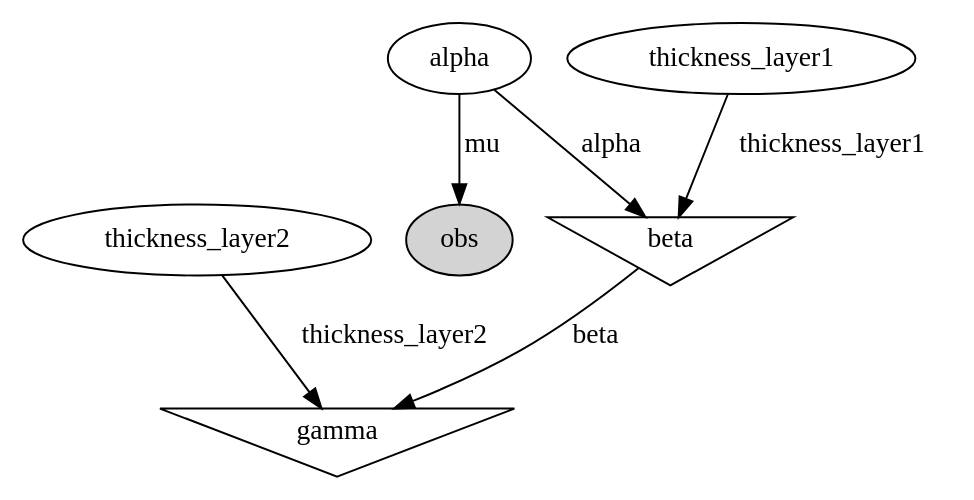
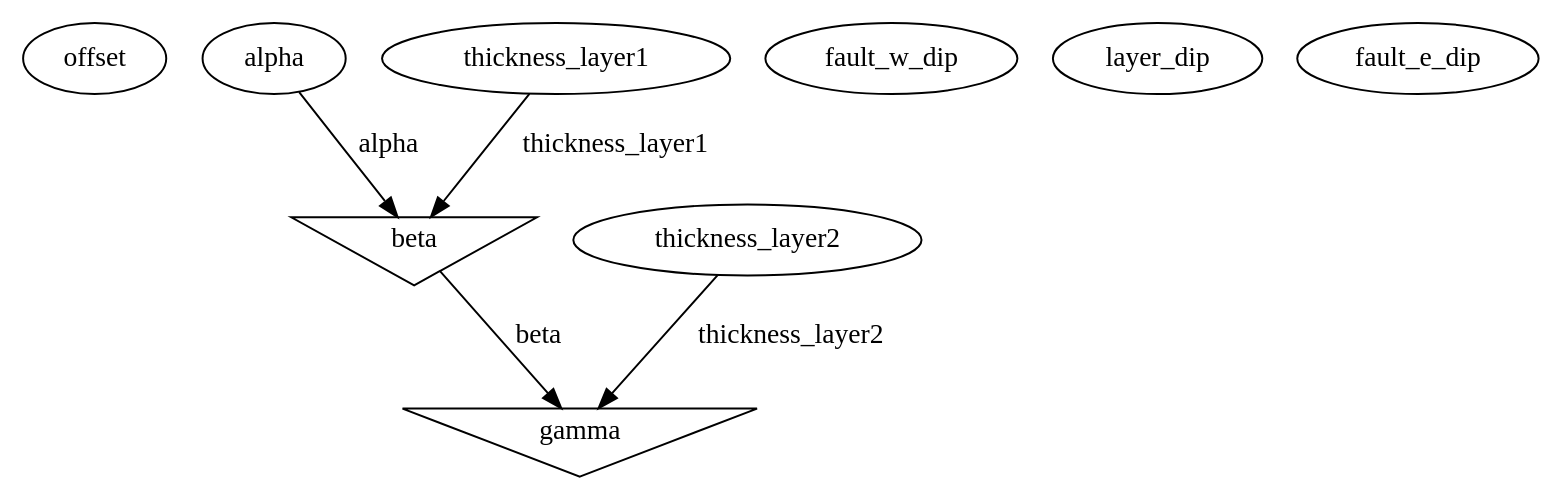
Before and after one commit to Leguark/Thesis: the diagram in Nice notebooks/MCMC.dot, drawn with Graphviz. The commit also changed 99 other files, not shown here.

```diff
--- a/Nice notebooks/MCMC.dot
+++ b/Nice notebooks/MCMC.dot
@@ -1,13 +1,15 @@
 digraph G {
-thickness_layer2;
-obs [style=filled];
+offset;
 alpha;
-alpha -> obs  [label=mu];
 beta [shape=invtriangle];
 alpha -> beta  [label=alpha];
 thickness_layer1;
 thickness_layer1 -> beta  [label=thickness_layer1];
 gamma [shape=invtriangle];
 beta -> gamma  [label=beta];
+thickness_layer2;
 thickness_layer2 -> gamma  [label=thickness_layer2];
+fault_w_dip;
+layer_dip;
+fault_e_dip;
 }
```
